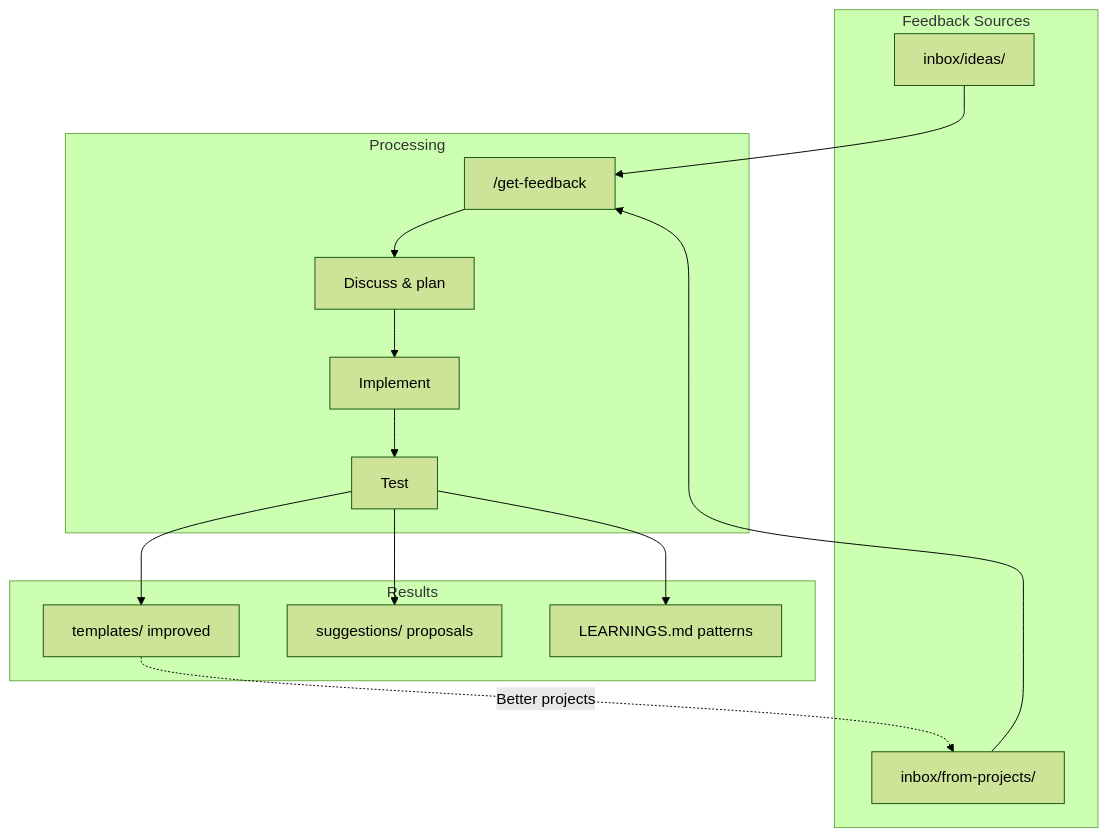
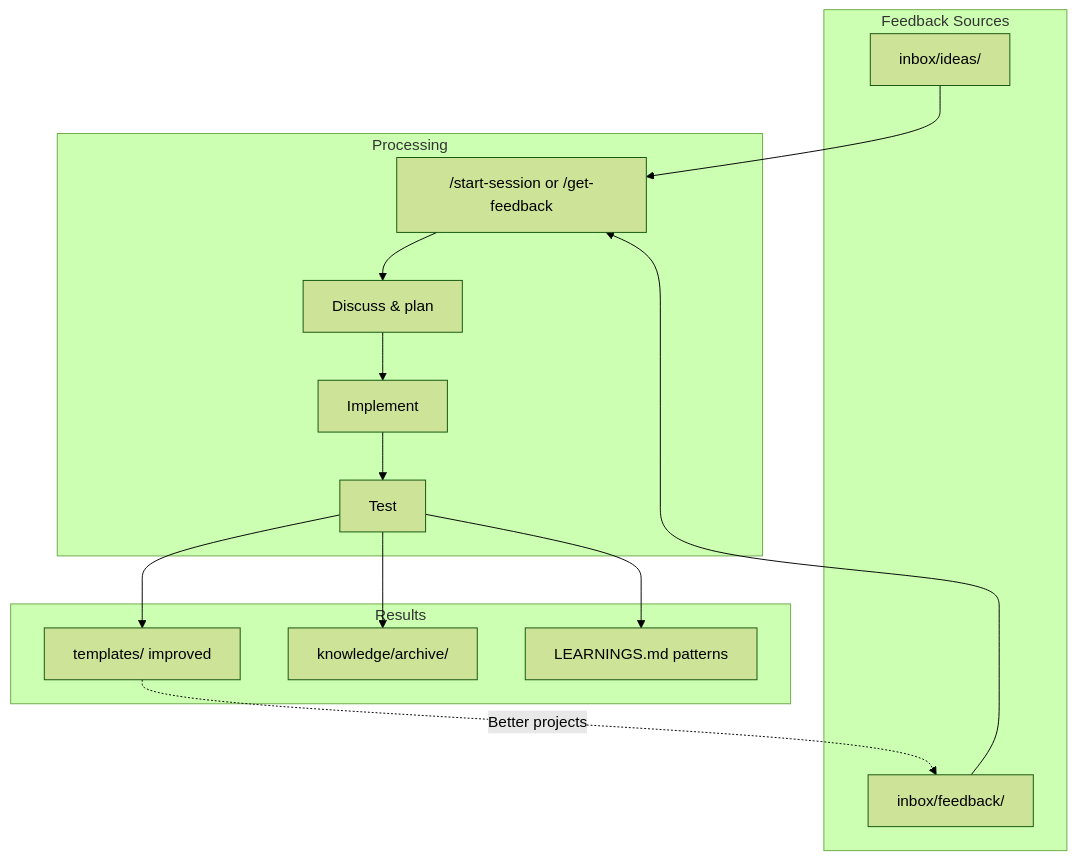
Before and after one commit to Squared-Lemons/Squared-Agent: the third of 3 diagrams in docs/workflow.md, drawn with Mermaid (forest theme). The commit also changed other lines of this file and 38 other files, not shown here.

````diff
--- a/docs/workflow.md
+++ b/docs/workflow.md
@@ -103,30 +103,30 @@
 ```mermaid
 flowchart TB
     subgraph Input["Feedback Sources"]
         A["inbox/ideas/"]
-        B["inbox/from-projects/"]
+        B["inbox/feedback/"]
     end
 
     subgraph Process["Processing"]
-        C["/get-feedback"]
+        C["/start-session or /get-feedback"]
         D["Discuss & plan"]
         E["Implement"]
         F["Test"]
     end
 
     subgraph Output["Results"]
         G["templates/ improved"]
-        H["suggestions/ proposals"]
+        H["knowledge/archive/"]
         I["LEARNINGS.md patterns"]
     end
 
     A --> C
     B --> C
     C --> D
     D --> E
     E --> F
     F --> G
     F --> H
     F --> I
     G -.->|"Better projects"| B
 ```
````
